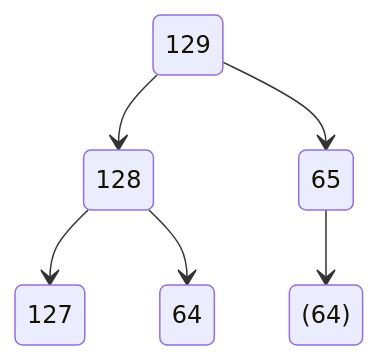
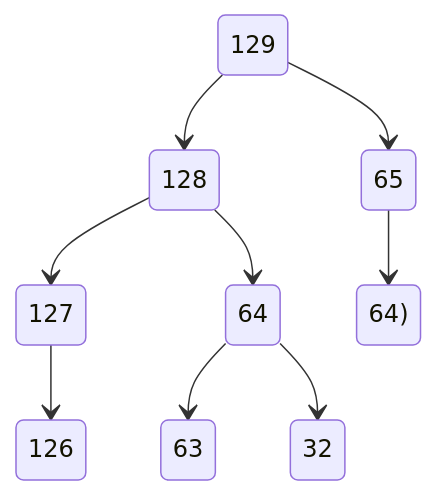
One commit to viktorshandrikov/repository-1 changed the diagram in 19.md. Above: the diagram before and after it, drawn with Mermaid.

````diff
--- a/19.md
+++ b/19.md
@@ -1,8 +1,11 @@
 ```mermaid
 stateDiagram-v2
 129 --> 128
 129 --> 65
 128 --> 127
 128 --> 64
-65 --> (64)
+65 --> 64)
+64 -->63 
+64 --> 32
+127-->126
 ```
````
